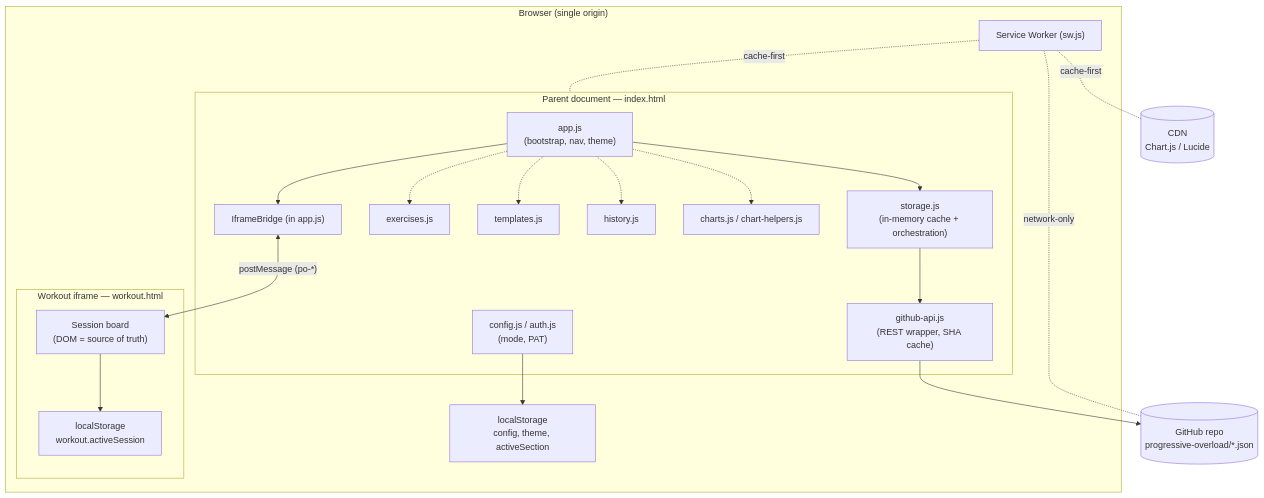
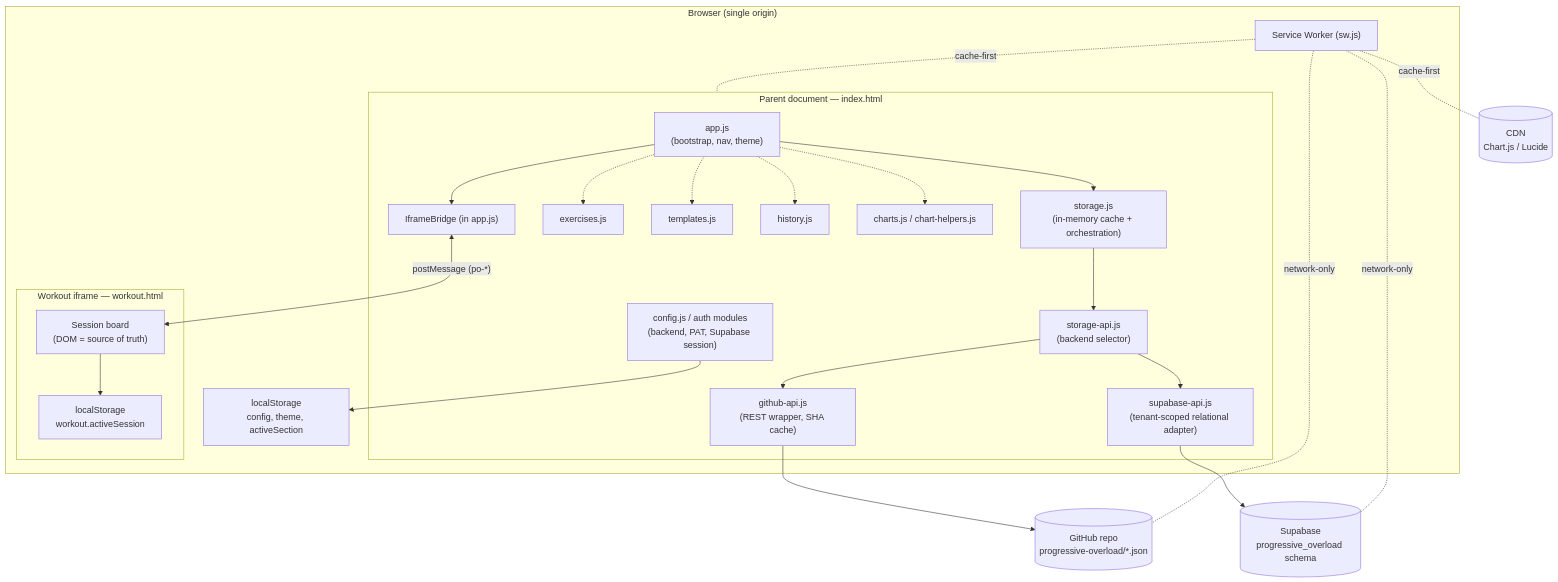
The first of 5 diagrams in Doc/system-design.md (MinoPlay/ProgressiveOverload), drawn with Mermaid before and after one commit. The commit also changed other lines of this file and 52 other files, not shown here.

````diff
--- a/Doc/system-design.md
+++ b/Doc/system-design.md
@@ -53,35 +53,41 @@
 ```mermaid
 graph TB
     subgraph Browser["Browser (single origin)"]
         subgraph Parent["Parent document — index.html"]
             App["app.js<br/>(bootstrap, nav, theme)"]
-            Cfg["config.js / auth.js<br/>(mode, PAT)"]
+            Cfg["config.js / auth modules<br/>(backend, PAT, Supabase session)"]
             Store["storage.js<br/>(in-memory cache + orchestration)"]
+            Adapter["storage-api.js<br/>(backend selector)"]
             GH["github-api.js<br/>(REST wrapper, SHA cache)"]
+            SB["supabase-api.js<br/>(tenant-scoped relational adapter)"]
             Ex["exercises.js"]
             Tmpl["templates.js"]
             Hist["history.js"]
             Charts["charts.js / chart-helpers.js"]
             Bridge["IframeBridge (in app.js)"]
         end
         subgraph Frame["Workout iframe — workout.html"]
             Board["Session board<br/>(DOM = source of truth)"]
             LS2["localStorage<br/>workout.activeSession"]
         end
         SW["Service Worker (sw.js)"]
         LS1["localStorage<br/>config, theme, activeSection"]
     end
 
     GHREPO[("GitHub repo<br/>progressive-overload/*.json")]
+    SUPABASE[("Supabase<br/>progressive_overload schema")]
     CDN[("CDN<br/>Chart.js / Lucide")]
 
-    App --> Store --> GH --> GHREPO
+    App --> Store --> Adapter
+    Adapter --> GH --> GHREPO
+    Adapter --> SB --> SUPABASE
     App --> Bridge
     Bridge <-->|"postMessage (po-*)"| Board
     Board --> LS2
     Cfg --> LS1
     App -.-> Ex & Tmpl & Hist & Charts
     SW -. cache-first .- CDN
     SW -. cache-first .- Parent
     SW -. network-only .- GHREPO
+    SW -. network-only .- SUPABASE
 ```
````
